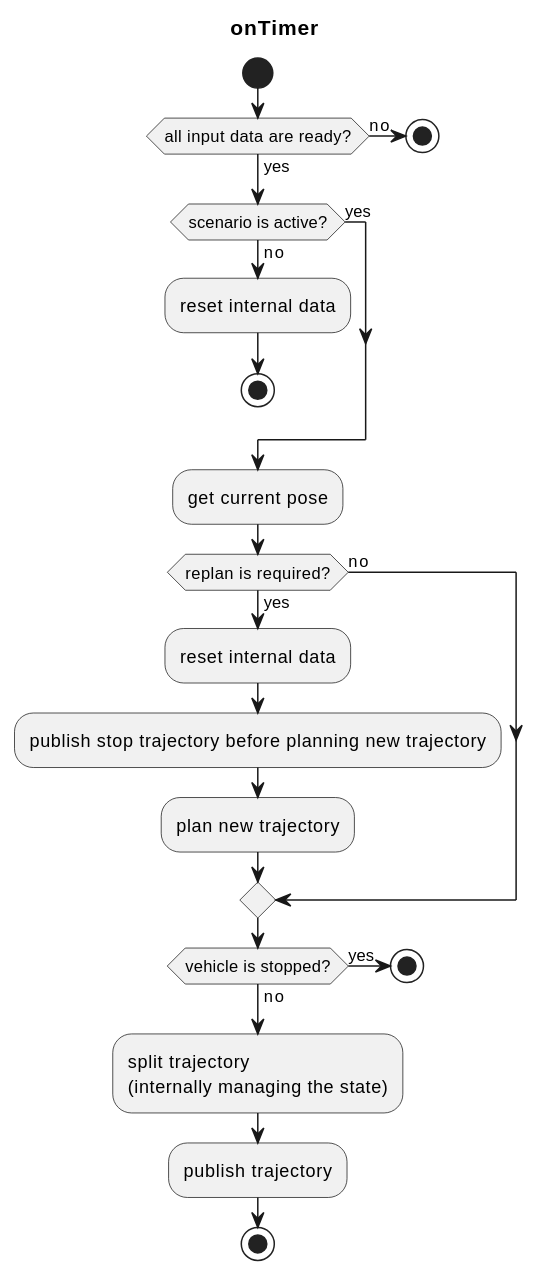
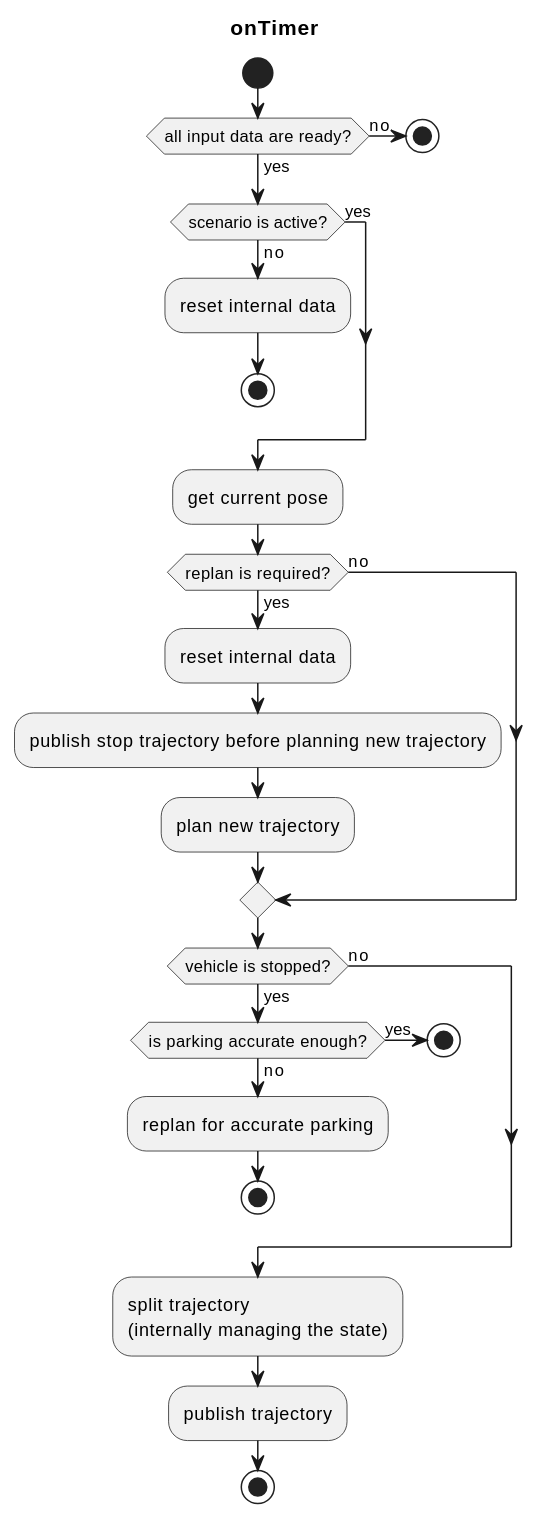
One commit to tier4/autoware_universe changed the diagram in planning/autoware_freespace_planner/README.md. Above: the diagram before and after it, drawn with PlantUML. The commit also changed other lines of this file and 12 other files, not shown here.

````diff
--- a/planning/autoware_freespace_planner/README.md
+++ b/planning/autoware_freespace_planner/README.md
@@ -105,38 +107,42 @@
 ```plantuml
 @startuml
 title onTimer
 start
 
 if (all input data are ready?) then (yes)
 else (no)
   stop
 endif
 
 if (scenario is active?) then (yes)
 else (no)
   :reset internal data;
   stop
 endif
 
 :get current pose;
 
 if (replan is required?) then (yes)
   :reset internal data;
   :publish stop trajectory before planning new trajectory;
   :plan new trajectory;
 else (no)
 endif
 
-
 if (vehicle is stopped?) then (yes)
-  stop
+  if (is parking accurate enough?) then (yes)
+    stop
+  else (no)
+    :replan for accurate parking;
+    stop
+  endif
 else (no)
 endif
 
 :split trajectory\n(internally managing the state);
 
 :publish trajectory;
 
 stop
 @enduml
 ```
````
